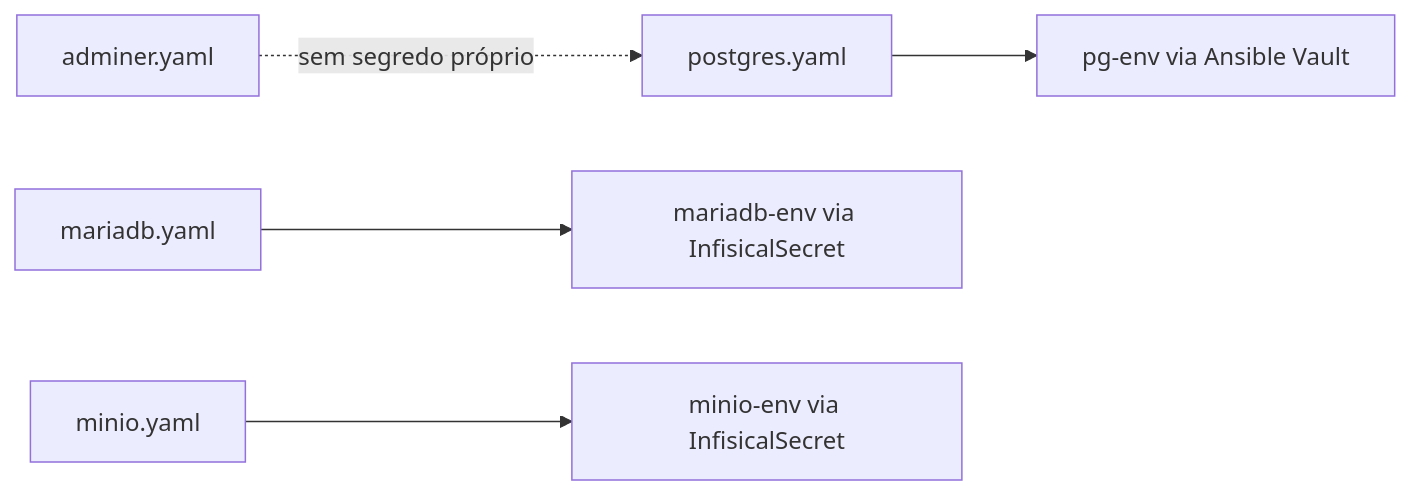
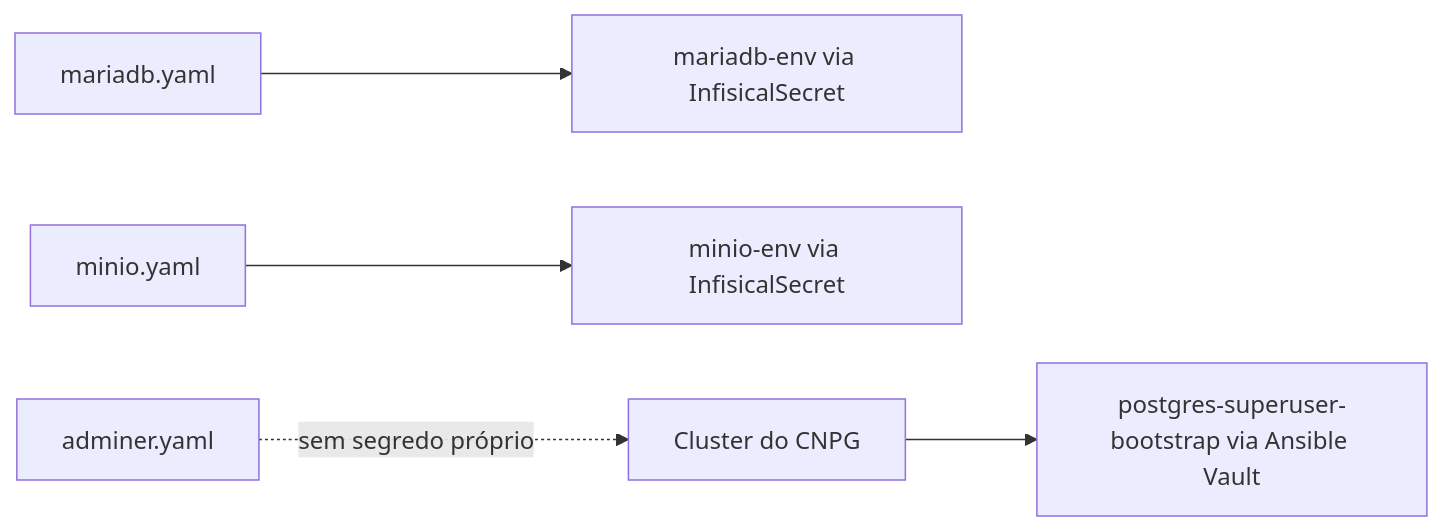
One commit to ladesa-ro/infrastructure changed the second of 2 diagrams in docs/arquitetura/foundation.md. Above: the diagram before and after it, drawn with Mermaid. The commit also changed other lines of this file and 2 other files, not shown here.

Commit message:
feat(cnpg): complete cutover, remove legacy deployment

````diff
--- a/docs/arquitetura/foundation.md
+++ b/docs/arquitetura/foundation.md
@@ -17,7 +22,7 @@
 ```mermaid
 flowchart LR
-    Postgres[postgres.yaml] --> PgEnv["pg-env via Ansible Vault"]
     MariaDB[mariadb.yaml] --> MariaEnv["mariadb-env via InfisicalSecret"]
     MinIO[minio.yaml] --> MinioEnv["minio-env via InfisicalSecret"]
-    Adminer[adminer.yaml] -.->|sem segredo próprio| Postgres
+    Adminer[adminer.yaml] -.->|sem segredo próprio| Postgres[Cluster do CNPG]
+    Postgres --> SuperuserSecret["postgres-superuser-bootstrap via Ansible Vault"]
 ```
````
